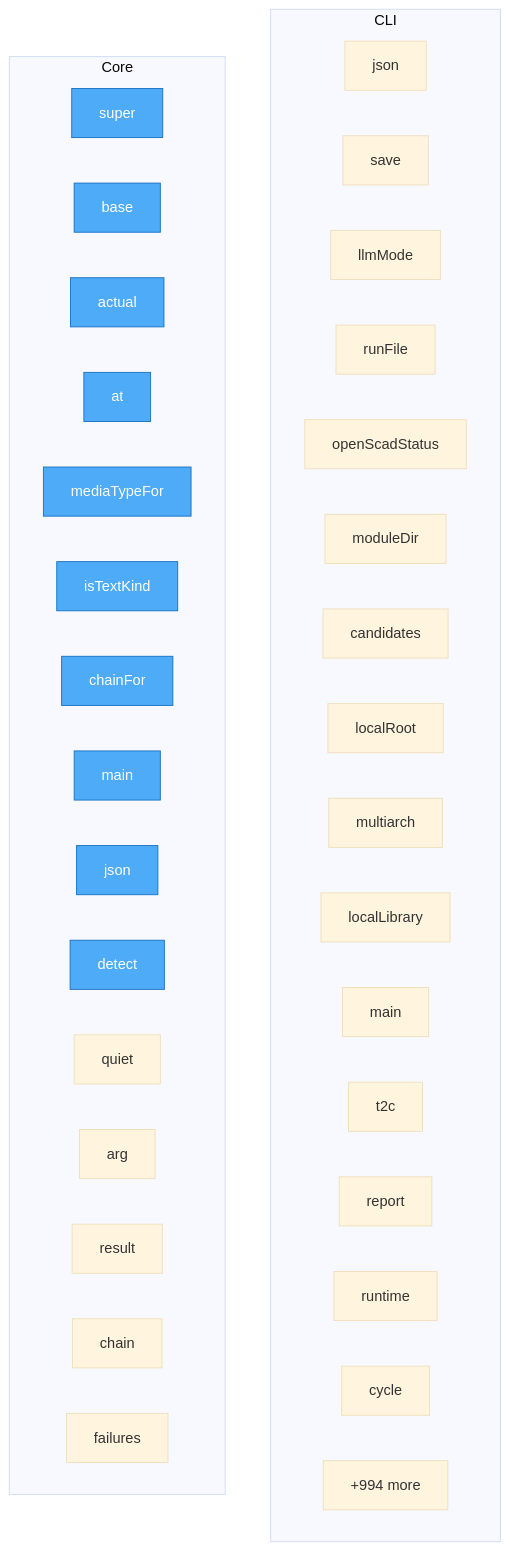
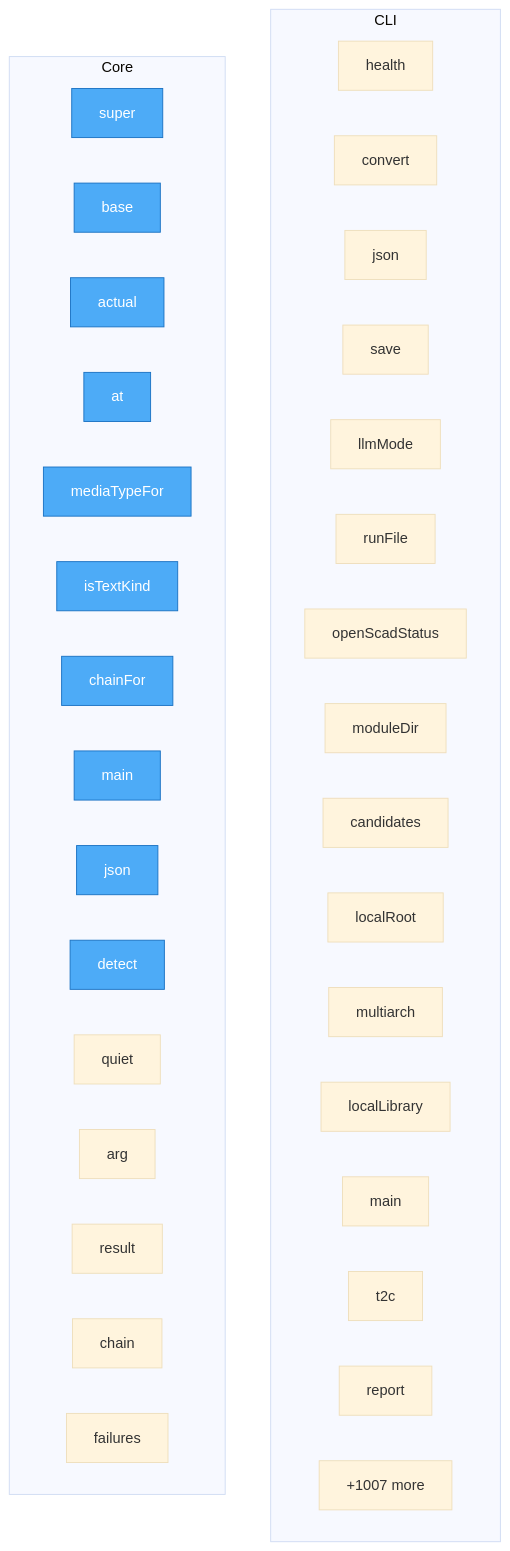
The diagram in project/flow.mmd (bioxfoundry/twin-dsl), drawn with Mermaid (base theme) before and after one commit. The commit also changed 41 other files, not shown here.

```diff
--- a/project/flow.mmd
+++ b/project/flow.mmd
@@ -1,45 +1,45 @@
 flowchart TD
-%% generated in 0.02s
+%% generated in 0.03s
 
     %% Entry points (blue)
     classDef entry fill:#4dabf7,stroke:#1971c2,color:#fff
 
     subgraph CLI
+        deploy__docling__server__health["health"]
+        deploy__docling__server__convert["convert"]
         src__cli__main__json["json"]
         src__cli__main__save["save"]
         src__cli__main__llmMode["llmMode"]
         src__cli__main__runFile["runFile"]
         src__cli__main__openScadStatus["openScadStatus"]
         src__cli__main__moduleDir["moduleDir"]
         src__cli__main__candidates["candidates"]
         src__cli__main__localRoot["localRoot"]
         src__cli__main__multiarch["multiarch"]
         src__cli__main__localLibrary["localLibrary"]
         src__cli__main__main["main"]
         src__cli__main__t2c["t2c"]
         src__cli__main__report["report"]
-        src__cli__main__runtime["runtime"]
-        src__cli__main__cycle["cycle"]
-        ...["+16 more"]
+        ...["+18 more"]
     end
 
     subgraph Core
         js__f2md__src__types__ExternalConverterRequired__super["super"]
         js__f2md__src__detect__base["base"]
         js__f2md__src__detect__actual["actual"]
         js__f2md__src__detect__at["at"]
         js__f2md__src__detect__mediaTypeFor["mediaTypeFor"]
         js__f2md__src__detect__isTextKind["isTextKind"]
         js__f2md__src__cli__chainFor["chainFor"]
         js__f2md__src__cli__main["main"]
         js__f2md__src__cli__json["json"]
         js__f2md__src__cli__detect["detect"]
         js__f2md__src__cli__quiet["quiet"]
         js__f2md__src__cli__arg["arg"]
         js__f2md__src__cli__result["result"]
         js__f2md__src__cli__chain["chain"]
         js__f2md__src__cli__failures["failures"]
-        ...["+994 more"]
+        ...["+1007 more"]
     end
 
     class js__f2md__src__types__ExternalConverterRequired__super,js__f2md__src__detect__base,js__f2md__src__detect__actual,js__f2md__src__detect__at,js__f2md__src__detect__mediaTypeFor,js__f2md__src__detect__isTextKind,js__f2md__src__cli__chainFor,js__f2md__src__cli__main,js__f2md__src__cli__json,js__f2md__src__cli__detect entry
```
